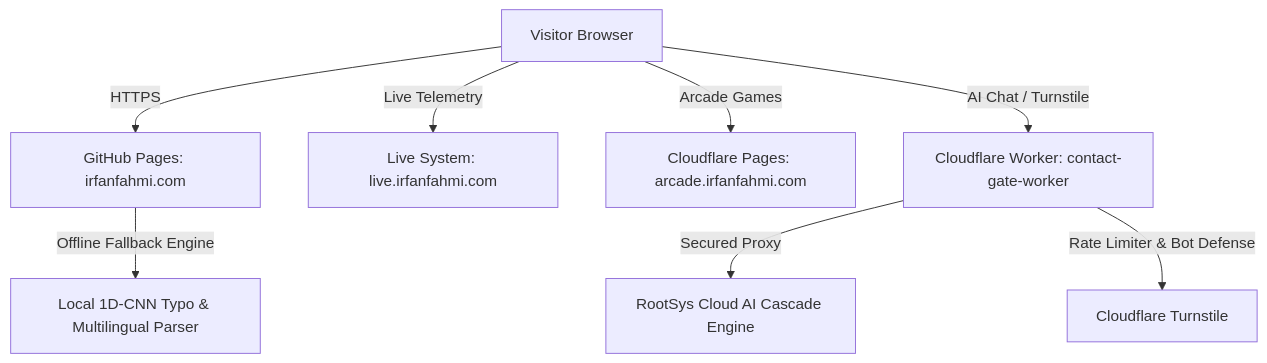
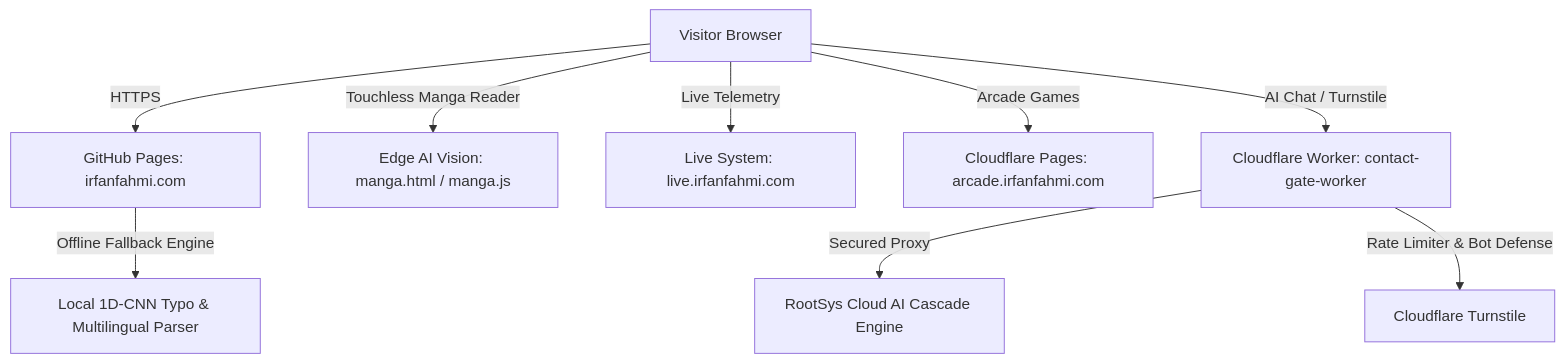
Before and after one commit to l3al3y/Portfolio: the diagram in README.md, drawn with Mermaid. The commit also changed other lines of this file, not shown here.

Commit message:
docs: synchronize all 26 verified certificates, categories, and edge vision architecture to match irfanfahmi.com exactly

````diff
--- a/README.md
+++ b/README.md
@@ -102,10 +121,11 @@
 ```mermaid
 graph TD
     A[Visitor Browser] -->|HTTPS| B[GitHub Pages: irfanfahmi.com]
+    A -->|Touchless Manga Reader| M[Edge AI Vision: manga.html / manga.js]
     A -->|Live Telemetry| C[Live System: live.irfanfahmi.com]
     A -->|Arcade Games| D[Cloudflare Pages: arcade.irfanfahmi.com]
     A -->|AI Chat / Turnstile| E[Cloudflare Worker: contact-gate-worker]
     E -->|Secured Proxy| F[RootSys Cloud AI Cascade Engine]
     E -->|Rate Limiter & Bot Defense| G[Cloudflare Turnstile]
     B -->|Offline Fallback Engine| H[Local 1D-CNN Typo & Multilingual Parser]
 ```
````
